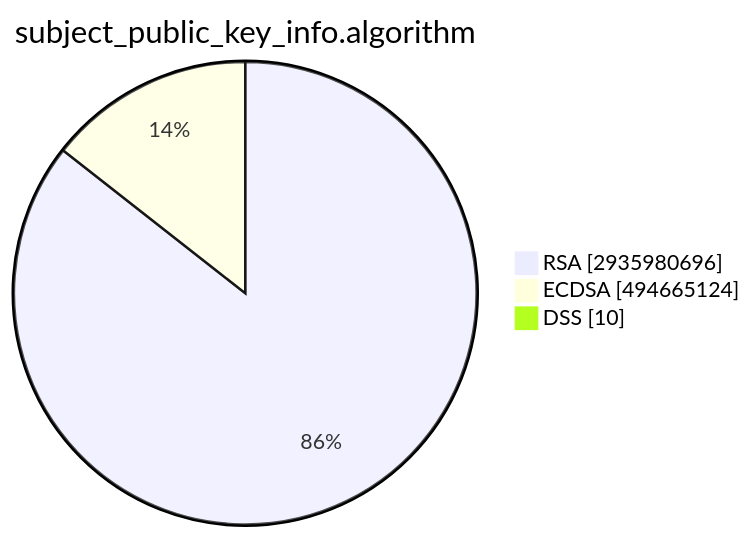
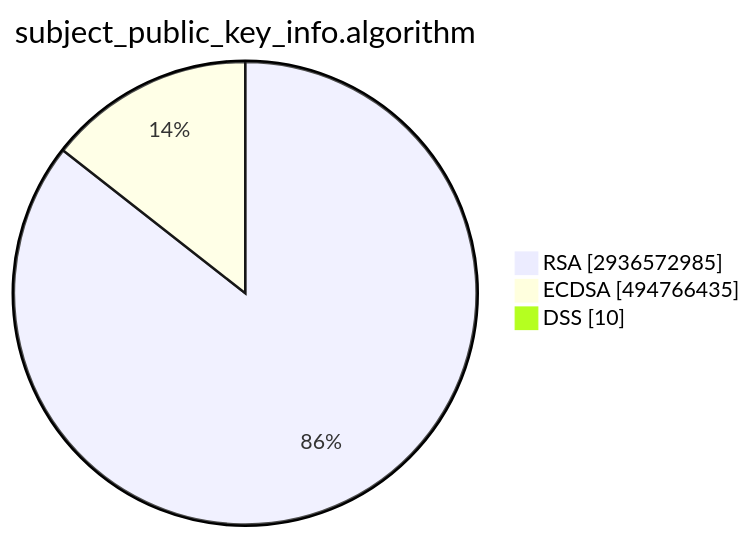
Before and after one commit to christiankrug/ctmonitor_visualization: the second of 15 diagrams in TOTAL/README.md, drawn with Mermaid. The commit also changed other lines of this file, not shown here.

````diff
--- a/TOTAL/README.md
+++ b/TOTAL/README.md
@@ -6,7 +6,7 @@
 ```mermaid
 pie showData
 title subject_public_key_info.algorithm
-"RSA" :2935980696
-"ECDSA" :494665124
+"RSA" :2936572985
+"ECDSA" :494766435
 "DSS" :10
 ```
````
